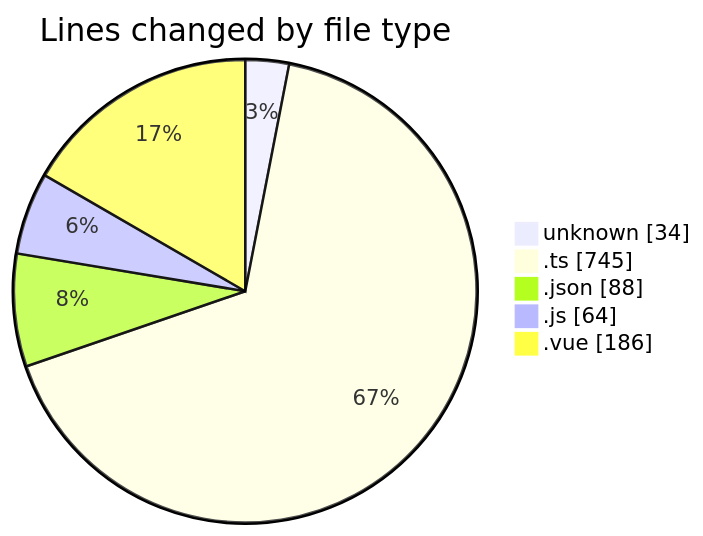
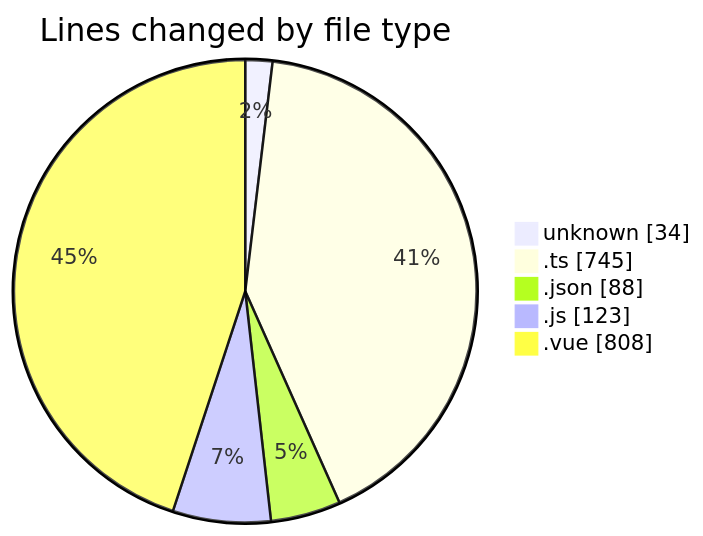
Before and after one commit to lephambinh05/code-tracking: the first of 2 diagrams in 2025-07-13/rentotp/README.md, drawn with Mermaid. The commit also changed other lines of this file and 1 other file, not shown here.

````diff
--- a/2025-07-13/rentotp/README.md
+++ b/2025-07-13/rentotp/README.md
@@ -40,9 +42,9 @@
 ```mermaid
 pie showData
 title Lines changed by file type
 "unknown" : 34
 ".ts" : 745
 ".json" : 88
-".js" : 64
-".vue" : 186
+".js" : 123
+".vue" : 808
 ```
````
